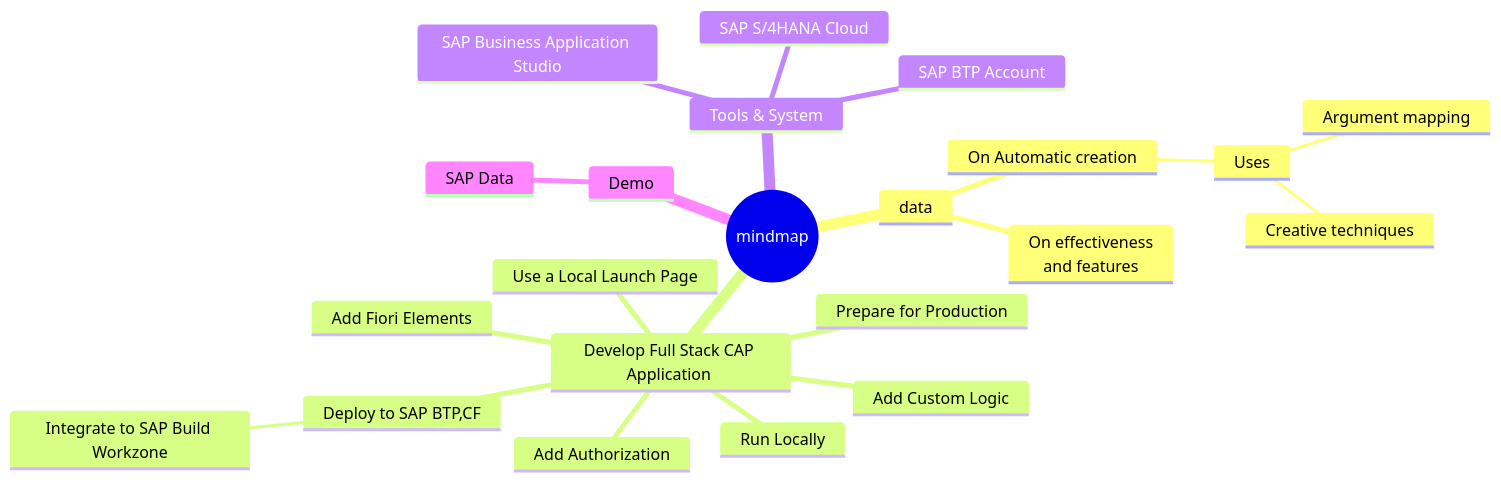
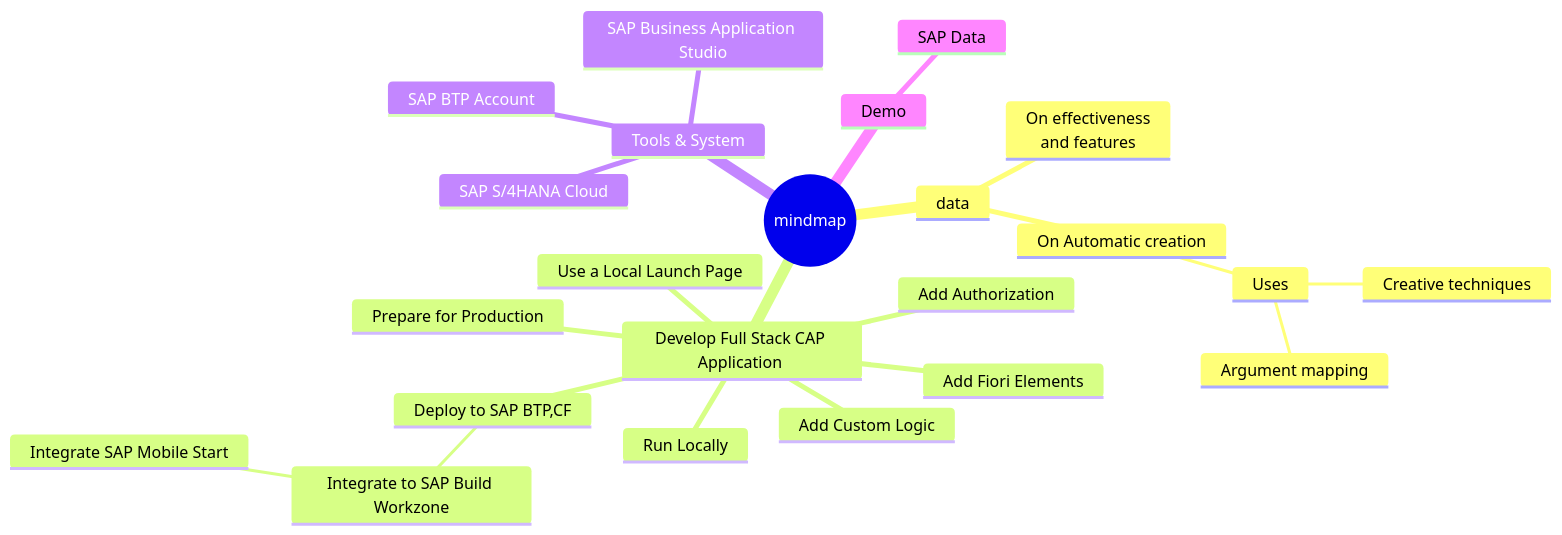
The first of 4 diagrams in README.md (ejazsyed/validation-issue), drawn with Mermaid before and after one commit.

````diff
--- a/README.md
+++ b/README.md
@@ -7,26 +7,27 @@
 ```mermaid
    mindmap
   root((mindmap))
     data
       On effectiveness<br/>and features
       On Automatic creation
         Uses
             Creative techniques
             Argument mapping
     Develop Full Stack CAP Application 
       Add Custom Logic
       Add Fiori Elements
       Use a Local Launch Page
       Add Authorization
       Run Locally
       Prepare for Production
       Deploy to SAP BTP,CF
         Integrate to SAP Build Workzone
+          Integrate SAP Mobile Start
     Tools & System
       SAP BTP Account
       SAP Business Application Studio
       SAP S/4HANA Cloud
     Demo
       SAP Data
 
 ```
````
